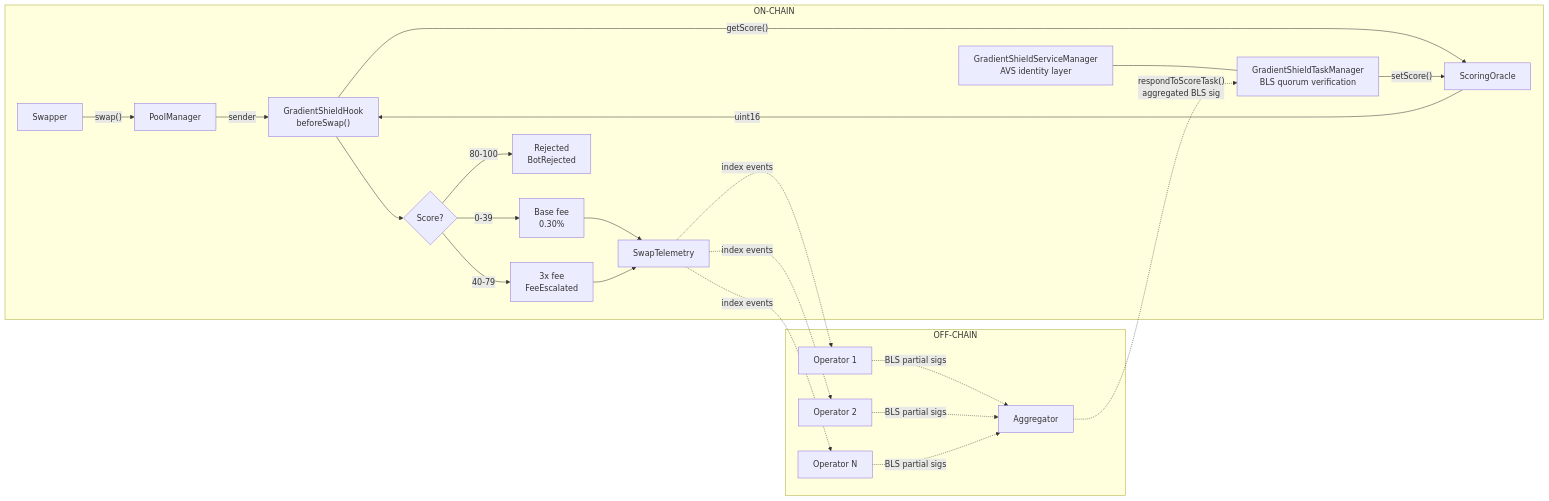
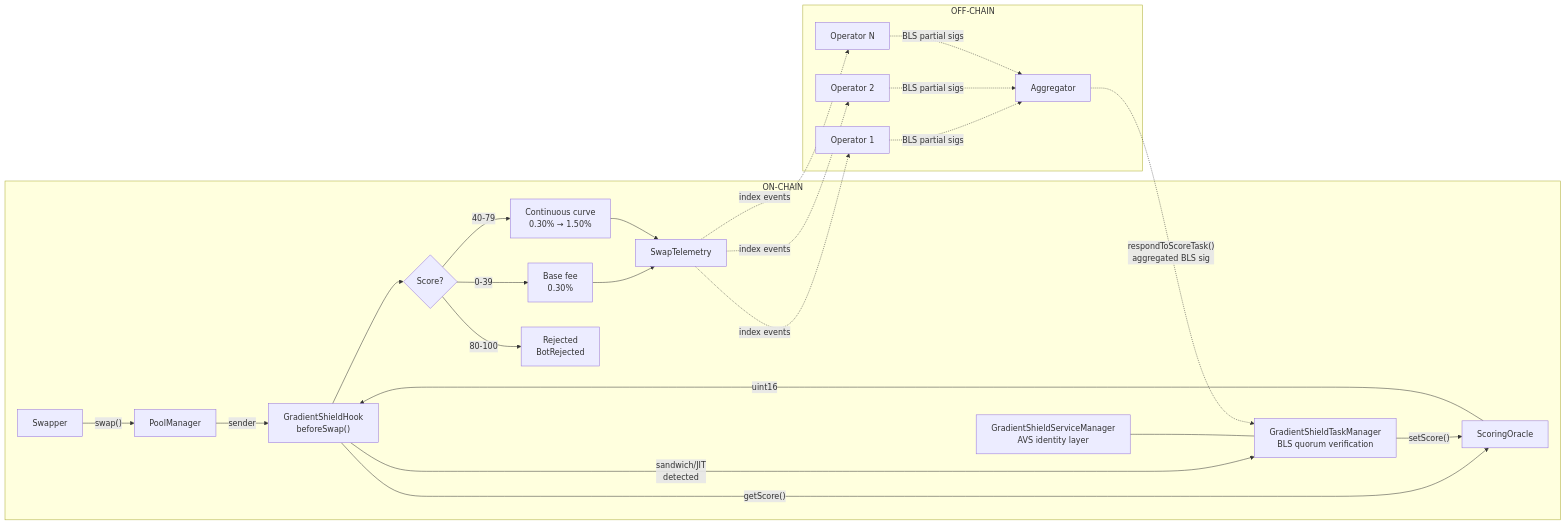
The first of 2 diagrams in README.md (sivajialla/gradient-shield), drawn with Mermaid before and after one commit. The commit also changed other lines of this file and 8 other files, not shown here.

First line of the commit message:
BLS-integrated hook with transient storage, continuous fee curve, auto-task creation

````diff
--- a/README.md
+++ b/README.md
@@ -41,29 +44,30 @@
 ```mermaid
 flowchart LR
     subgraph ON-CHAIN
         A[Swapper] -->|"swap()"| B[PoolManager]
         B -->|"sender"| C["GradientShieldHook\nbeforeSwap()"]
         C -->|"getScore()"| D[ScoringOracle]
         D -->|"uint16"| C
 
         C --> E{Score?}
         E -->|"0-39"| F["Base fee\n0.30%"]
-        E -->|"40-79"| G["3x fee\nFeeEscalated"]
+        E -->|"40-79"| G["Continuous curve\n0.30% → 1.50%"]
         E -->|"80-100"| H["Rejected\nBotRejected"]
 
         F --> I[SwapTelemetry]
         G --> I
 
+        C -->|"sandwich/JIT\ndetected"| TM
         TM["GradientShieldTaskManager\nBLS quorum verification"] -->|"setScore()"| D
         SM["GradientShieldServiceManager\nAVS identity layer"] --- TM
     end
 
     subgraph OFF-CHAIN
         OP1[Operator 1] & OP2[Operator 2] & OP3[Operator N]
         AGG[Aggregator]
     end
 
     I -.->|"index events"| OP1 & OP2 & OP3
     OP1 & OP2 & OP3 -.->|"BLS partial sigs"| AGG
     AGG -.->|"respondToScoreTask()\naggregated BLS sig"| TM
 ```
````
